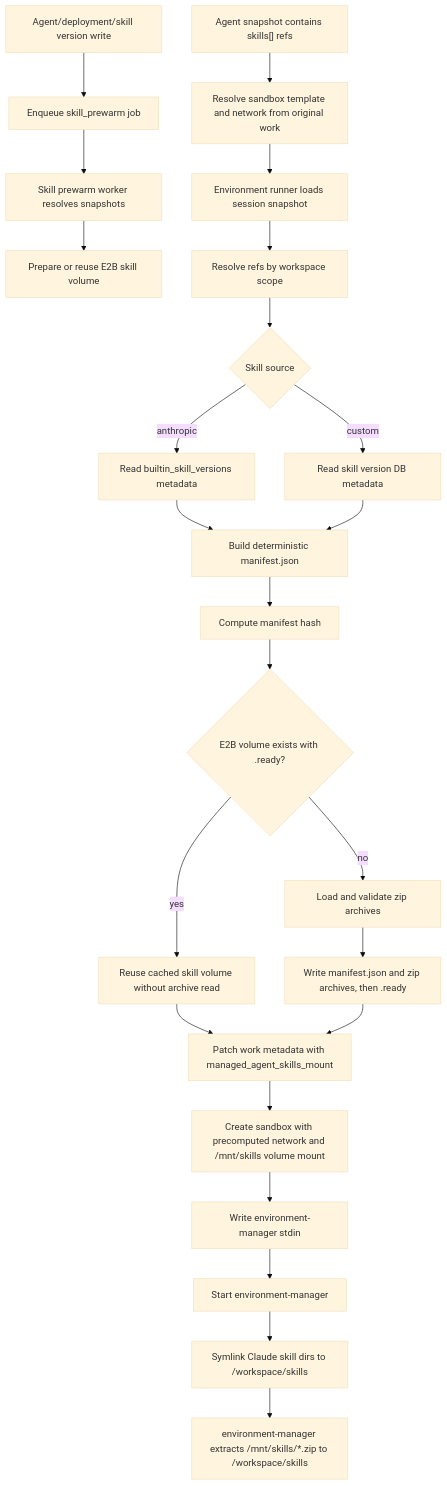
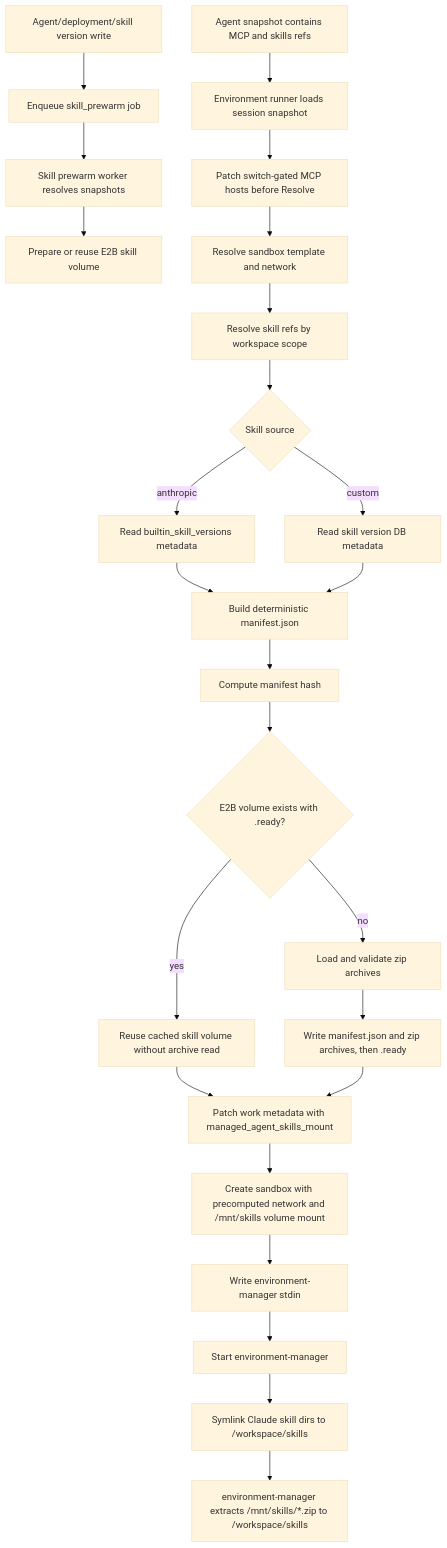
Before and after one commit to superduck-ai/open-managed-agents: the diagram in docs/design/be/managed-agent-skills-runtime.md, drawn with Mermaid (base theme). The commit also changed other lines of this file and 31 other files, not shown here.

Commit message:
Enforce environment network egress policies

````diff
--- a/docs/design/be/managed-agent-skills-runtime.md
+++ b/docs/design/be/managed-agent-skills-runtime.md
@@ -43,26 +44,27 @@
 ```mermaid
 flowchart TD
   Z["Agent/deployment/skill version write"] --> ZA["Enqueue skill_prewarm job"]
   ZA --> ZB["Skill prewarm worker resolves snapshots"]
   ZB --> ZC["Prepare or reuse E2B skill volume"]
-  A["Agent snapshot contains skills[] refs"] --> AA["Resolve sandbox template and network from original work"]
-  AA --> B["Environment runner loads session snapshot"]
-  B --> C["Resolve refs by workspace scope"]
+  A["Agent snapshot contains MCP and skills refs"] --> B["Environment runner loads session snapshot"]
+  B --> BA["Patch switch-gated MCP hosts before Resolve"]
+  BA --> AA["Resolve sandbox template and network"]
+  AA --> C["Resolve skill refs by workspace scope"]
   C --> D{"Skill source"}
   D -->|"anthropic"| E["Read builtin_skill_versions metadata"]
   D -->|"custom"| F["Read skill version DB metadata"]
   E --> H["Build deterministic manifest.json"]
   F --> H
   H --> I["Compute manifest hash"]
   I --> J{"E2B volume exists with .ready?"}
   J -->|"yes"| K["Reuse cached skill volume without archive read"]
   J -->|"no"| L["Load and validate zip archives"]
   L --> LA["Write manifest.json and zip archives, then .ready"]
   K --> M["Patch work metadata with managed_agent_skills_mount"]
   LA --> M
   M --> N["Create sandbox with precomputed network and /mnt/skills volume mount"]
   N --> O["Write environment-manager stdin"]
   O --> P["Start environment-manager"]
   P --> Q["Symlink Claude skill dirs to /workspace/skills"]
   Q --> R["environment-manager extracts /mnt/skills/*.zip to /workspace/skills"]
 ```
````
